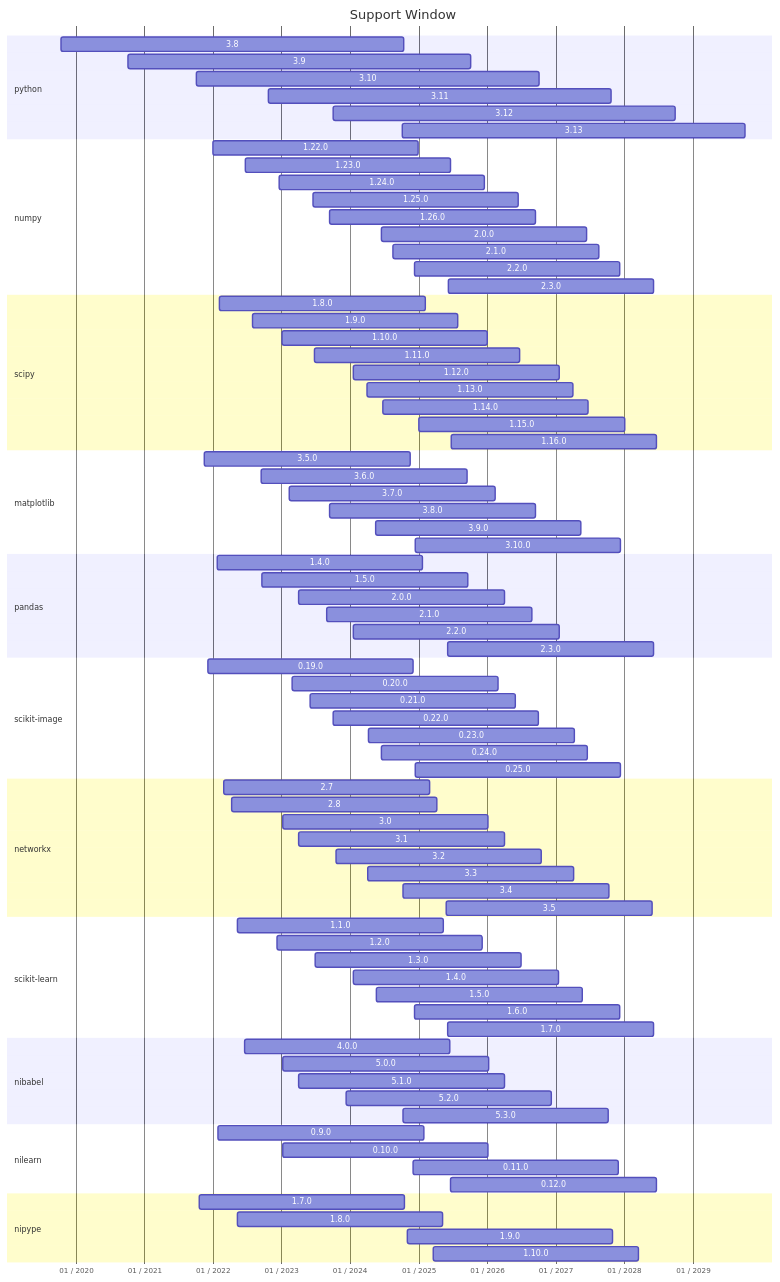
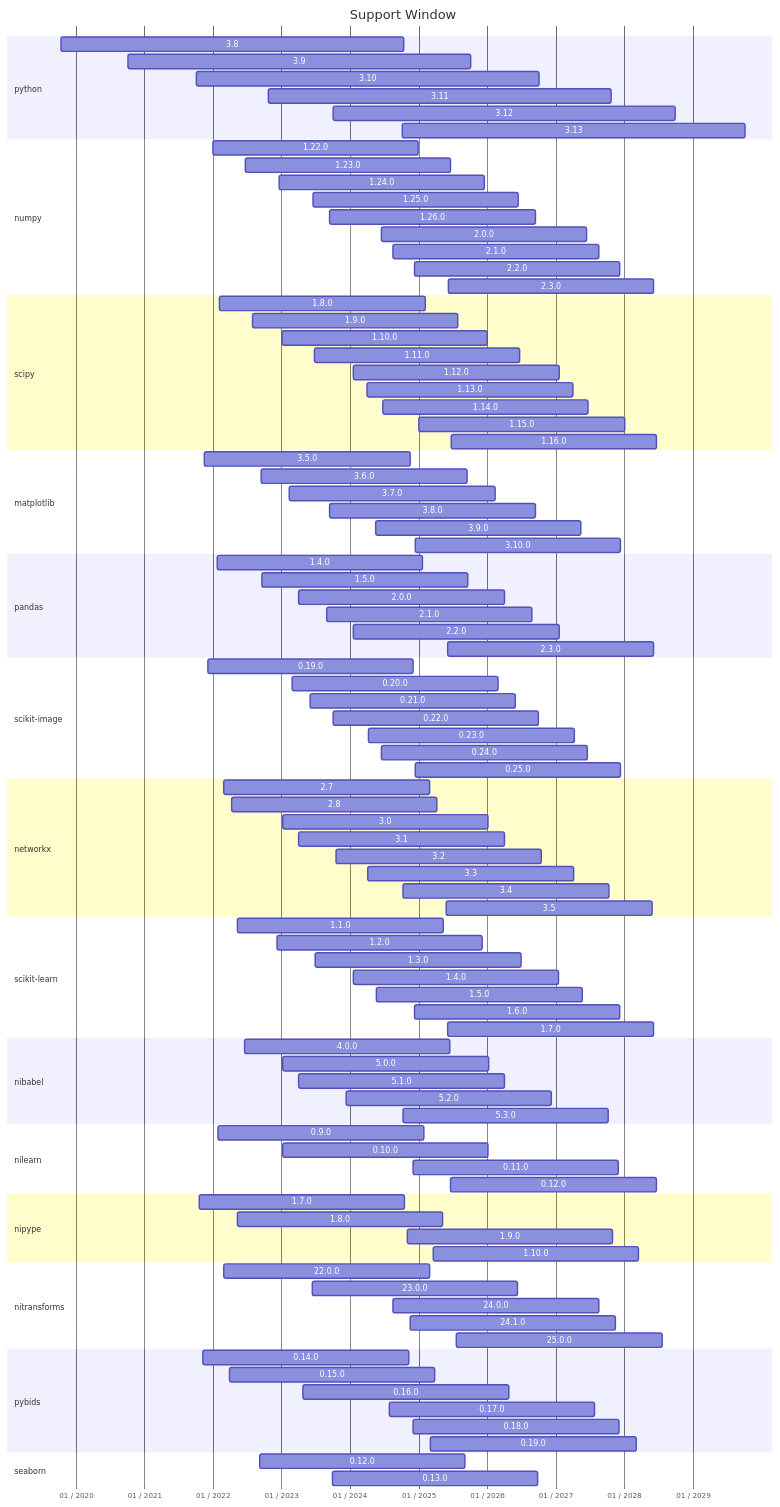
The diagram in spec-0000/chart.md (nipreps/speczeroplus), drawn with Mermaid before and after one commit. The commit also changed 2 other files, not shown here.

Commit message:
Add nitransforms, pybids and seaborn

````diff
--- a/spec-0000/chart.md
+++ b/spec-0000/chart.md
@@ -96,4 +96,23 @@
 1.8.0 : 2022-05-10,2025-05-09
 1.9.0 : 2024-10-31,2027-10-31
 1.10.0 : 2025-03-19,2028-03-18
+
+section nitransforms
+22.0.0 : 2022-02-28,2025-02-27
+23.0.0 : 2023-06-13,2026-06-12
+24.0.0 : 2024-08-18,2027-08-18
+24.1.0 : 2024-11-17,2027-11-17
+25.0.0 : 2025-07-22,2028-07-21
+
+section pybids
+0.14.0 : 2021-11-09,2024-11-08
+0.15.0 : 2022-03-28,2025-03-27
+0.16.0 : 2023-04-26,2026-04-25
+0.17.0 : 2024-07-29,2027-07-29
+0.18.0 : 2024-12-04,2027-12-04
+0.19.0 : 2025-03-05,2028-03-04
+
+section seaborn
+0.12.0 : 2022-09-06,2025-09-05
+0.13.0 : 2023-09-29,2026-09-28
 ```
````
